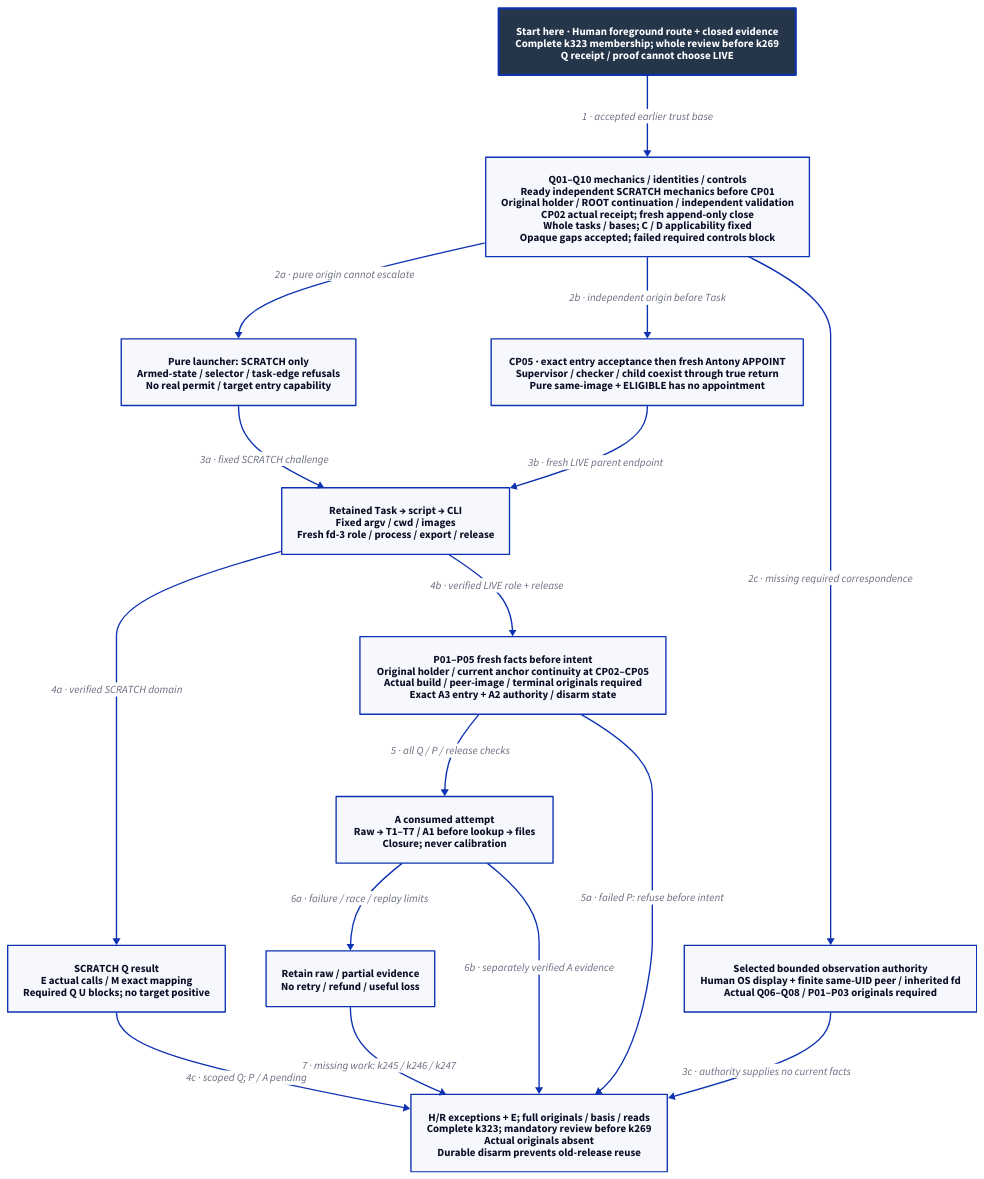
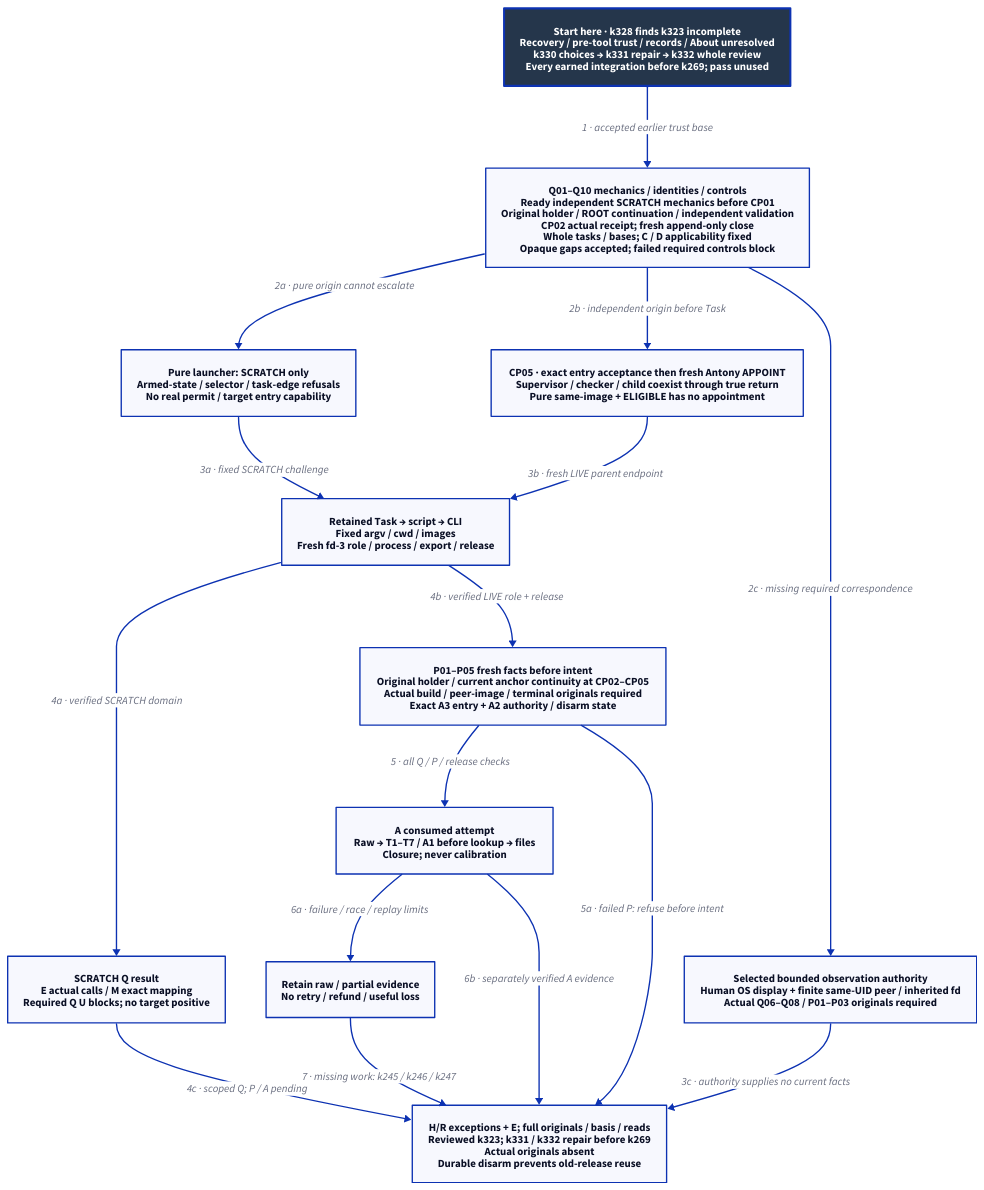
The diagram in docs/design/architecture/native-reference-packaging.d2 (Linkuistics/Koine), drawn with D2 before and after one commit. The commit also changed 50 other files, not shown here.

Commit message:
Integrate practical admission review; place recovery decisions and whole replacement before construction (reference-evidence-practical-admission-k329)

```diff
--- a/docs/design/architecture/native-reference-packaging.d2
+++ b/docs/design/architecture/native-reference-packaging.d2
@@ -1,31 +1,31 @@
-# Proposed staged credit; no artifact, release or operation is qualified.
+# Reviewed k323 proposal; k330/k331/k332 replacement and integrations precede k269.
 direction: down
 classes: {
   start: {style: {fill: "#25364B"; font-color: "#FFFFFF"; bold: true; stroke-width: 3}}
 }
-Start: "Start here · Human foreground route + closed evidence\nComplete k323 membership; whole review before k269\nQ receipt / proof cannot choose LIVE" {class: start}
+Start: "Start here · k328 finds k323 incomplete\nRecovery / pre-tool trust / records / About unresolved\nk330 choices → k331 repair → k332 whole review\nEvery earned integration before k269; pass unused" {class: start}
 Ready: "Q01–Q10 mechanics / identities / controls\nReady independent SCRATCH mechanics before CP01\nOriginal holder / ROOT continuation / independent validation\nCP02 actual receipt; fresh append-only close\nWhole tasks / bases; C / D applicability fixed\nOpaque gaps accepted; failed required controls block"
 Task: "Retained Task → script → CLI\nFixed argv / cwd / images\nFresh fd-3 role / process / export / release"
 Scratch: "Pure launcher: SCRATCH only\nArmed-state / selector / task-edge refusals\nNo real permit / target entry capability"
 Live: "CP05 · exact entry acceptance then fresh Antony APPOINT\nSupervisor / checker / child coexist through true return\nPure same-image + ELIGIBLE has no appointment"
 Proof: "SCRATCH Q result\nE actual calls / M exact mapping\nRequired Q U blocks; no target positive"
 Preflight: "P01–P05 fresh facts before intent\nOriginal holder / current anchor continuity at CP02–CP05\nActual build / peer-image / terminal originals required\nExact A3 entry + A2 authority / disarm state"
 Attempt: "A consumed attempt\nRaw → T1–T7 / A1 before lookup → files\nClosure; never calibration"
 Failure: "Retain raw / partial evidence\nNo retry / refund / useful loss"
 Route: "Selected bounded observation authority\nHuman OS display + finite same-UID peer / inherited fd\nActual Q06–Q08 / P01–P03 originals required"
-Final: "H/R exceptions + E; full originals / basis / reads\nComplete k323; mandatory review before k269\nActual originals absent\nDurable disarm prevents old-release reuse"
+Final: "H/R exceptions + E; full originals / basis / reads\nReviewed k323; k331 / k332 repair before k269\nActual originals absent\nDurable disarm prevents old-release reuse"
 Start -> Ready: "1 · accepted earlier trust base"
 Ready -> Scratch: "2a · pure origin cannot escalate"
 Ready -> Live: "2b · independent origin before Task"
 Scratch -> Task: "3a · fixed SCRATCH challenge"
 Live -> Task: "3b · fresh LIVE parent endpoint"
 Task -> Proof: "4a · verified SCRATCH domain"
 Proof -> Final: "4c · scoped Q; P / A pending"
 Task -> Preflight: "4b · verified LIVE role + release"
 Preflight -> Attempt: "5 · all Q / P / release checks"
 Preflight -> Final: "5a · failed P: refuse before intent"
 Ready -> Route: "2c · missing required correspondence"
 Route -> Final: "3c · authority supplies no current facts"
 Attempt -> Failure: "6a · failure / race / replay limits"
 Attempt -> Final: "6b · separately verified A evidence"
 Failure -> Final: "7 · missing work: k245 / k246 / k247"
```
